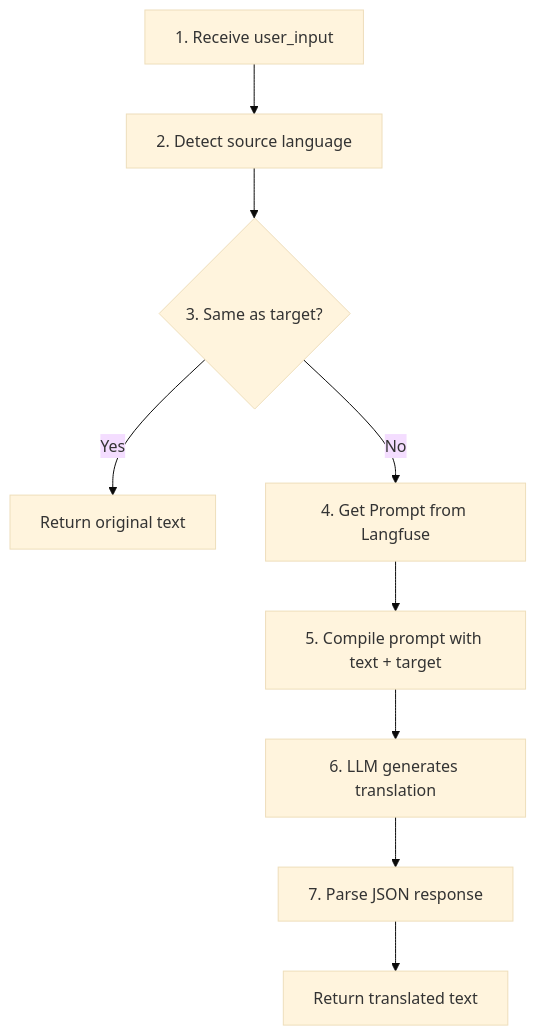
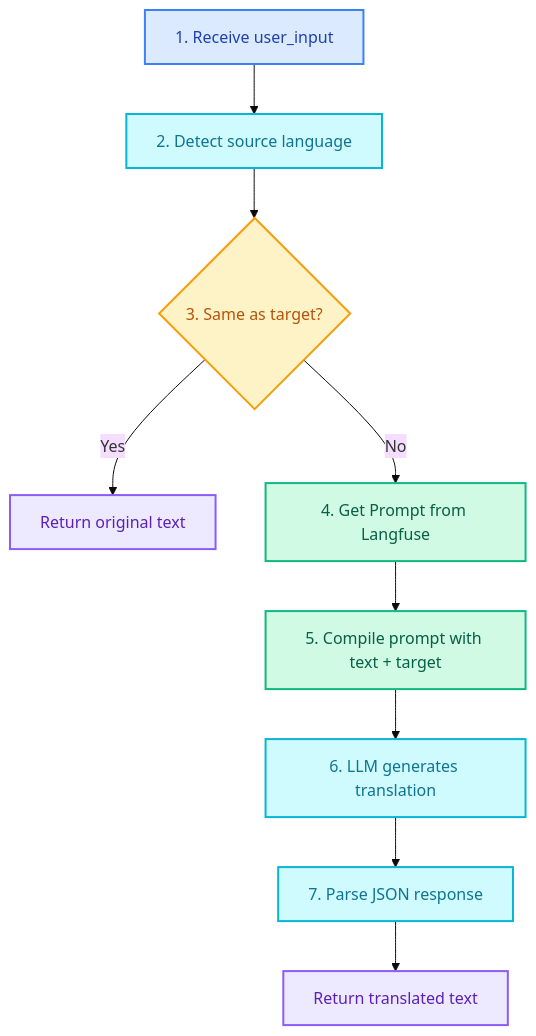
One commit to mhokchuekchuek/mtl_agent changed the diagram in docs/assets/diagrams/modules/translation_main_1.mmd. Above: the diagram before and after it, drawn with Mermaid (base theme). The commit also changed 92 other files, not shown here.

```diff
--- a/docs/assets/diagrams/modules/translation_main_1.mmd
+++ b/docs/assets/diagrams/modules/translation_main_1.mmd
@@ -1,9 +1,21 @@
 flowchart TD
     A[1. Receive user_input] --> B[2. Detect source language]
     B --> C{3. Same as target?}
     C -->|Yes| D[Return original text]
     C -->|No| E[4. Get Prompt from Langfuse]
     E --> F[5. Compile prompt with text + target]
     F --> G[6. LLM generates translation]
     G --> H[7. Parse JSON response]
     H --> I[Return translated text]
+
+    classDef input fill:#dbeafe,stroke:#3b82f6,stroke-width:2px,color:#1e40af
+    classDef process fill:#cffafe,stroke:#06b6d4,stroke-width:2px,color:#0e7490
+    classDef decision fill:#fef3c7,stroke:#f59e0b,stroke-width:2px,color:#b45309
+    classDef prompt fill:#d1fae5,stroke:#10b981,stroke-width:2px,color:#065f46
+    classDef output fill:#ede9fe,stroke:#8b5cf6,stroke-width:2px,color:#5b21b6
+
+    class A input
+    class B,G,H process
+    class C decision
+    class D,I output
+    class E,F prompt
```
